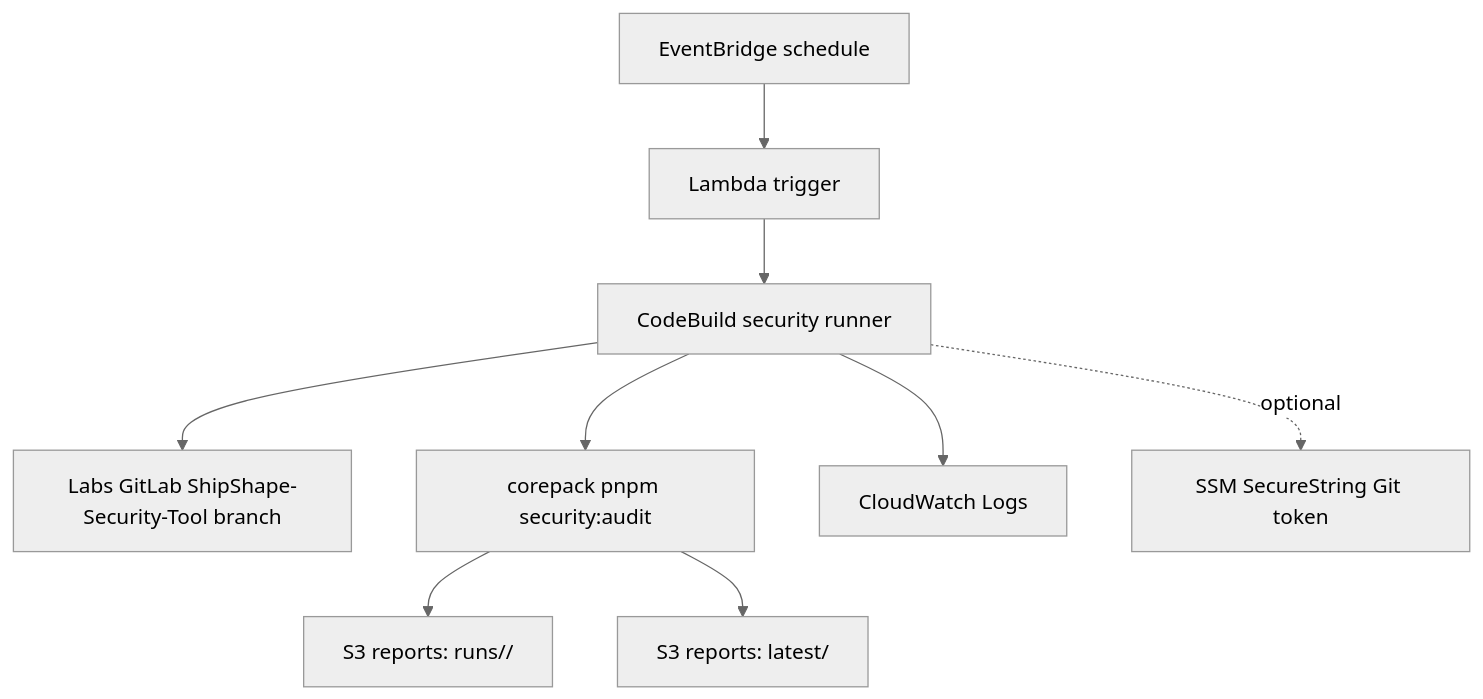
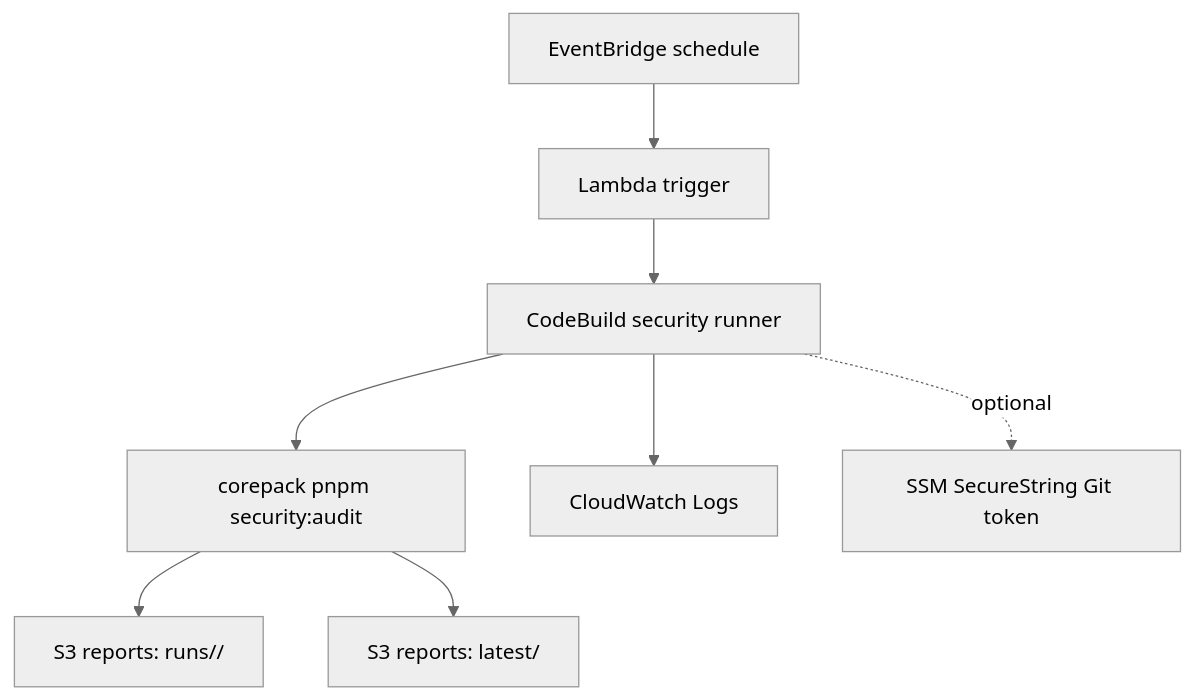
Before and after one commit to jayceparabellum/ship: the diagram in docs/security-tool/aws-architecture.md, drawn with Mermaid (neutral theme).

Commit message:
Simplify security tool architecture diagram

````diff
--- a/docs/security-tool/aws-architecture.md
+++ b/docs/security-tool/aws-architecture.md
@@ -23,11 +23,10 @@
 ```mermaid
 flowchart TD
   EventBridge["EventBridge schedule"] --> Lambda["Lambda trigger"]
   Lambda --> CodeBuild["CodeBuild security runner"]
-  CodeBuild --> GitLab["Labs GitLab ShipShape-Security-Tool branch"]
   CodeBuild --> Audit["corepack pnpm security:audit"]
   Audit --> S3Runs["S3 reports: runs/<run-id>/"]
   Audit --> S3Latest["S3 reports: latest/"]
   CodeBuild --> Logs["CloudWatch Logs"]
   CodeBuild -. optional .-> SSM["SSM SecureString Git token"]
 ```
````
